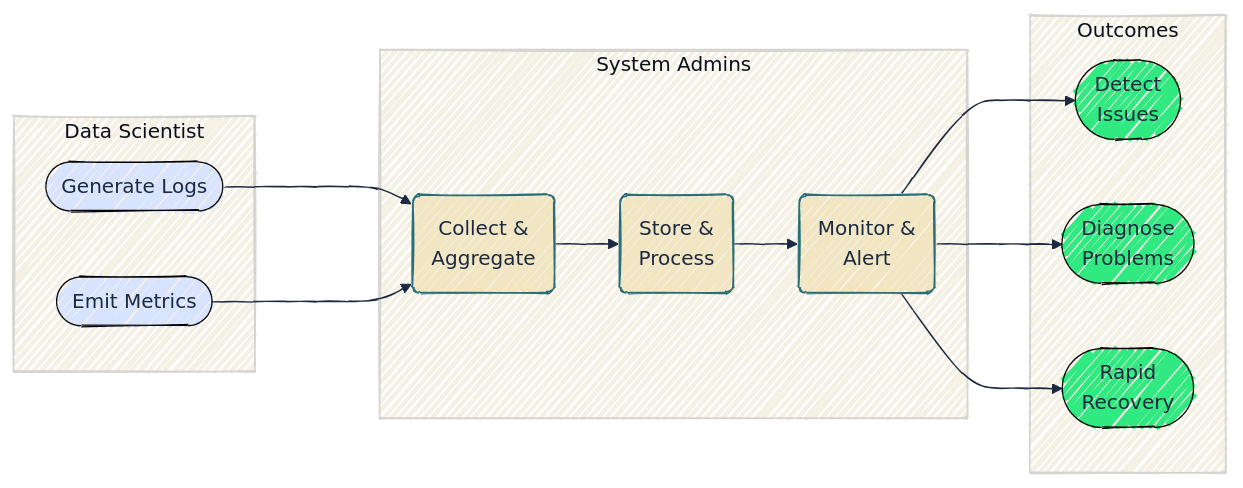
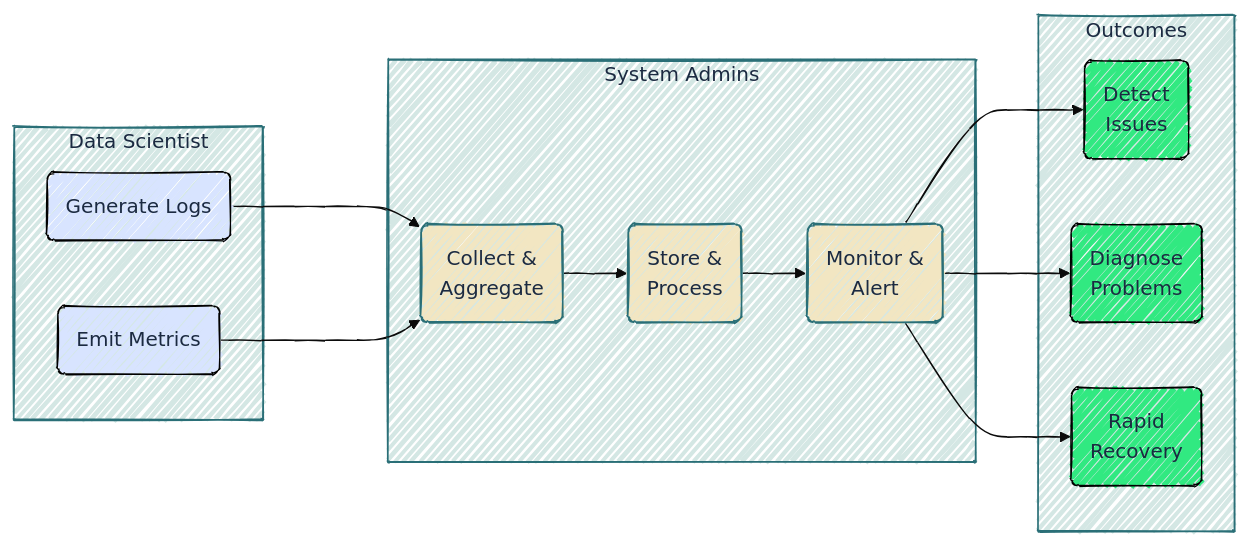
One commit to mjfrigaard/do4ds-labs changed the fourth of 4 diagrams in lab04.qmd. Above: the diagram before and after it, drawn with Mermaid. The commit also changed other lines of this file and 37 other files, not shown here.

Commit message:
updates to mermaid

````diff
--- a/lab04.qmd
+++ b/lab04.qmd
@@ -341,39 +344,43 @@
 ```{mermaid}
 %%| fig-width: 8.0
 %%| fig-align: center
-%%{init: {'theme': 'base', 'look': 'handDrawn', 'themeVariables': { 'fontFamily': 'monospace', 'primaryColor': '#F2E6C2', 'primaryBorderColor': '#2A6F77', 'primaryTextColor': '#1B2A41', 'secondaryColor': '#d4e7e4', 'tertiaryColor': '#f5f0e4', 'lineColor': '#1B2A41', 'edgeLabelBackground': '#F2E6C2'}}}%%
+%%{init: {'theme': 'base', 'look': 'handDrawn', 'themeVariables': {'fontFamily': 'monospace'}}}%%
 
 graph LR
     subgraph DatSci["Data Scientist"]
-        A(["Generate Logs"])
-        B(["Emit Metrics"])
+        A("Generate Logs")
+        B("Emit Metrics")
     end
     
     subgraph SysAdmin["System Admins"]
         C("Collect &<br>Aggregate")
         D("Store &<br>Process")
         E("Monitor &<br>Alert")
     end
     
     subgraph Out["Outcomes"]
-        F(["Detect<br>Issues"])
-        G(["Diagnose<br>Problems"])
-        H(["Rapid<br>Recovery"])
+        F("Detect<br>Issues")
+        G("Diagnose<br>Problems")
+        H("Rapid<br>Recovery")
     end
     
     A ---> C
     B ---> C
     C --> D
     D --> E
     E --> F & G & H
 
     
     
     classDef ds fill:#d8e4ff,stroke:#000,stroke-width:1px
     class A,B ds
     
     classDef outcome fill:#31e981,stroke:#000,stroke-width:1px
     class F,G,H outcome
+    classDef default fill:#F2E6C2,stroke:#2A6F77,color:#1B2A41
+    style DatSci fill:#d4e7e4,stroke:#2A6F77,color:#1B2A41
+    style SysAdmin fill:#d4e7e4,stroke:#2A6F77,color:#1B2A41
+    style Out fill:#d4e7e4,stroke:#2A6F77,color:#1B2A41
     
     
 ```
````
